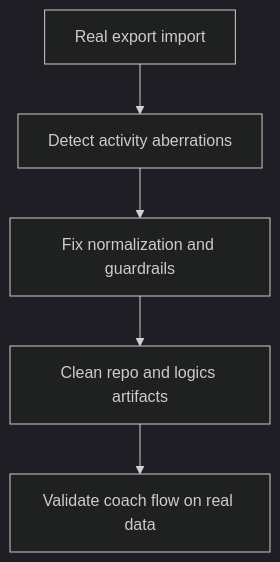
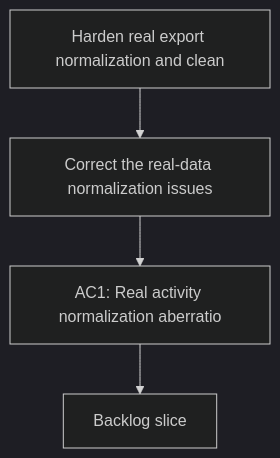
The diagram in logics/request/req_005_harden_real_export_normalization_and_clean_repo_delivery_artifacts.md (Jilanos/Coach_garmin), drawn with Mermaid (dark theme) before and after one commit. The commit also changed 86 other files, not shown here.

Commit message:
Harden chart UX and UTF-8 handling

````diff
--- a/logics/request/req_005_harden_real_export_normalization_and_clean_repo_delivery_artifacts.md
+++ b/logics/request/req_005_harden_real_export_normalization_and_clean_repo_delivery_artifacts.md
@@ -27,9 +27,8 @@
 ```mermaid
 %% logics-kind: request
 %% logics-signature: request|harden-real-export-normalization-and-cle|correct-the-real-data-normalization-issu|ac1-real-activity-normalization-aberrati
 flowchart TD
-    Import[Real export import] --> Detect[Detect activity aberrations]
-    Detect --> Fix[Fix normalization and guardrails]
-    Fix --> Clean[Clean repo and logics artifacts]
-    Clean --> Validate[Validate coach flow on real data]
+    Trigger[Harden real export normalization and clean] --> Need[Correct the real-data normalization issues]
+    Need --> Outcome[AC1: Real activity normalization aberratio]
+    Outcome --> Backlog[Backlog slice]
 ```
````
